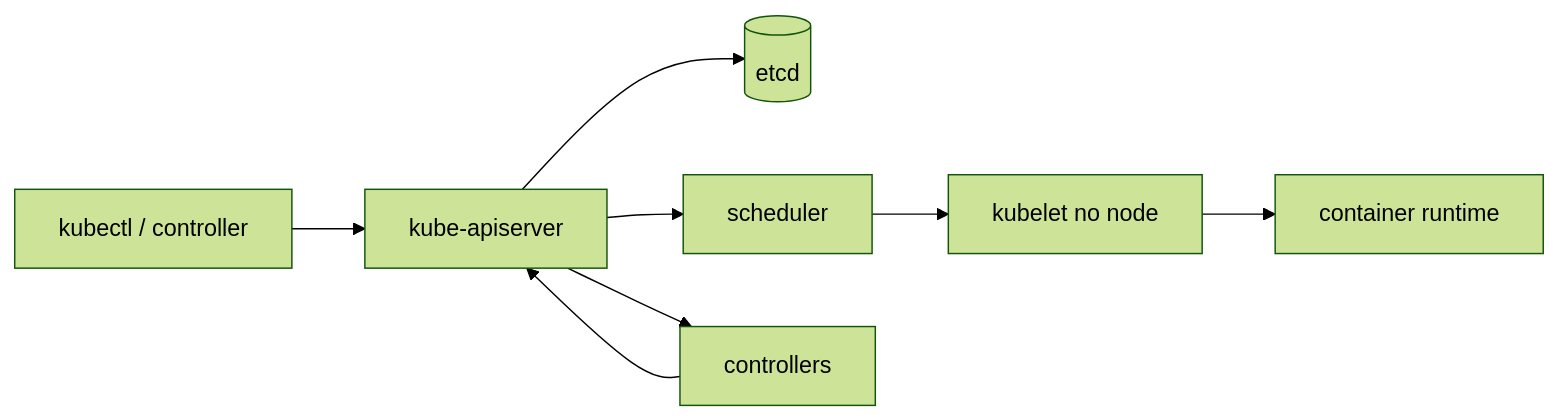
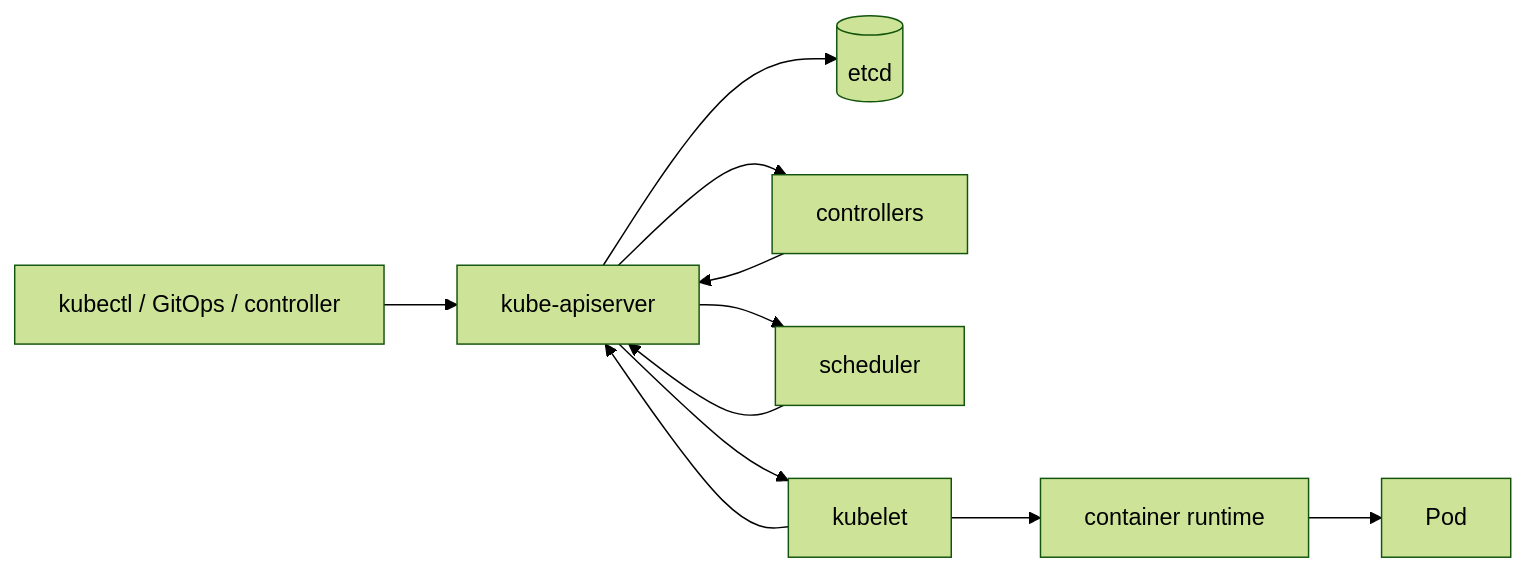
Before and after one commit to blasther12/alexandria: the first of 2 diagrams in kubernetes/README.md, drawn with Mermaid (forest theme). The commit also changed other lines of this file, not shown here.

````diff
--- a/kubernetes/README.md
+++ b/kubernetes/README.md
@@ -15,10 +25,13 @@
 ```mermaid
 flowchart LR
-    U[kubectl / controller] --> A[kube-apiserver]
-    A --> E[(etcd)]
-    A --> S[scheduler]
-    A --> C[controllers]
-    S --> N[kubelet no node]
-    C --> A
-    N --> R[container runtime]
+    USER[kubectl / GitOps / controller] --> API[kube-apiserver]
+    API --> ETCD[(etcd)]
+    API --> CTRL[controllers]
+    CTRL --> API
+    API --> SCHED[scheduler]
+    SCHED --> API
+    API --> KUBE[kubelet]
+    KUBE --> RT[container runtime]
+    RT --> POD[Pod]
+    KUBE --> API
 ```
````
